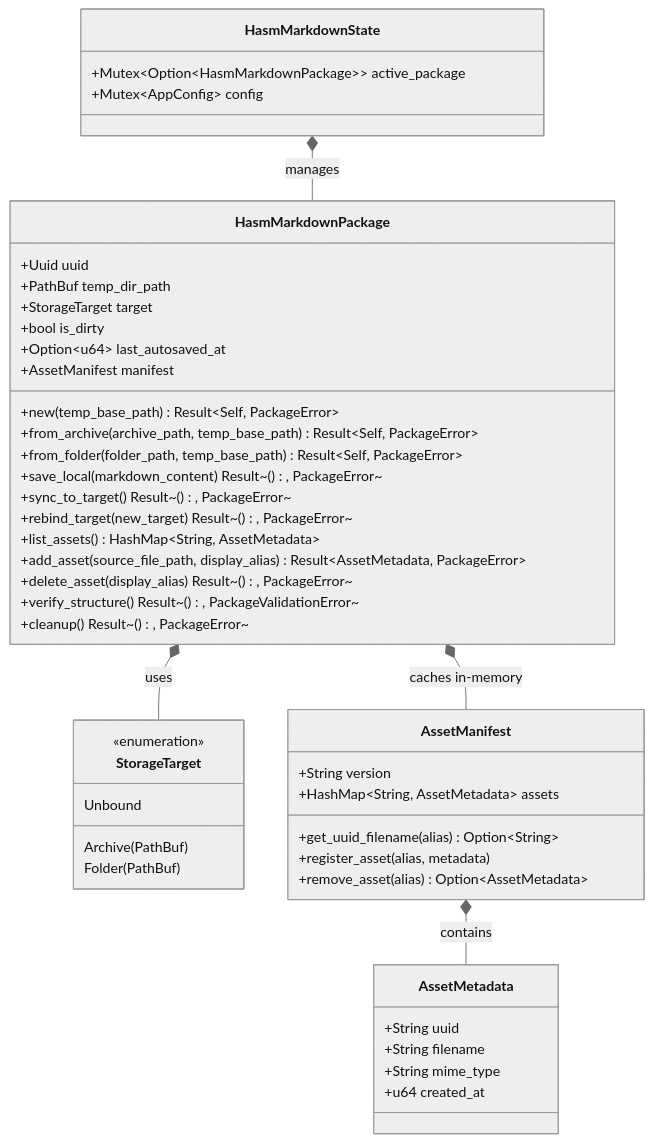
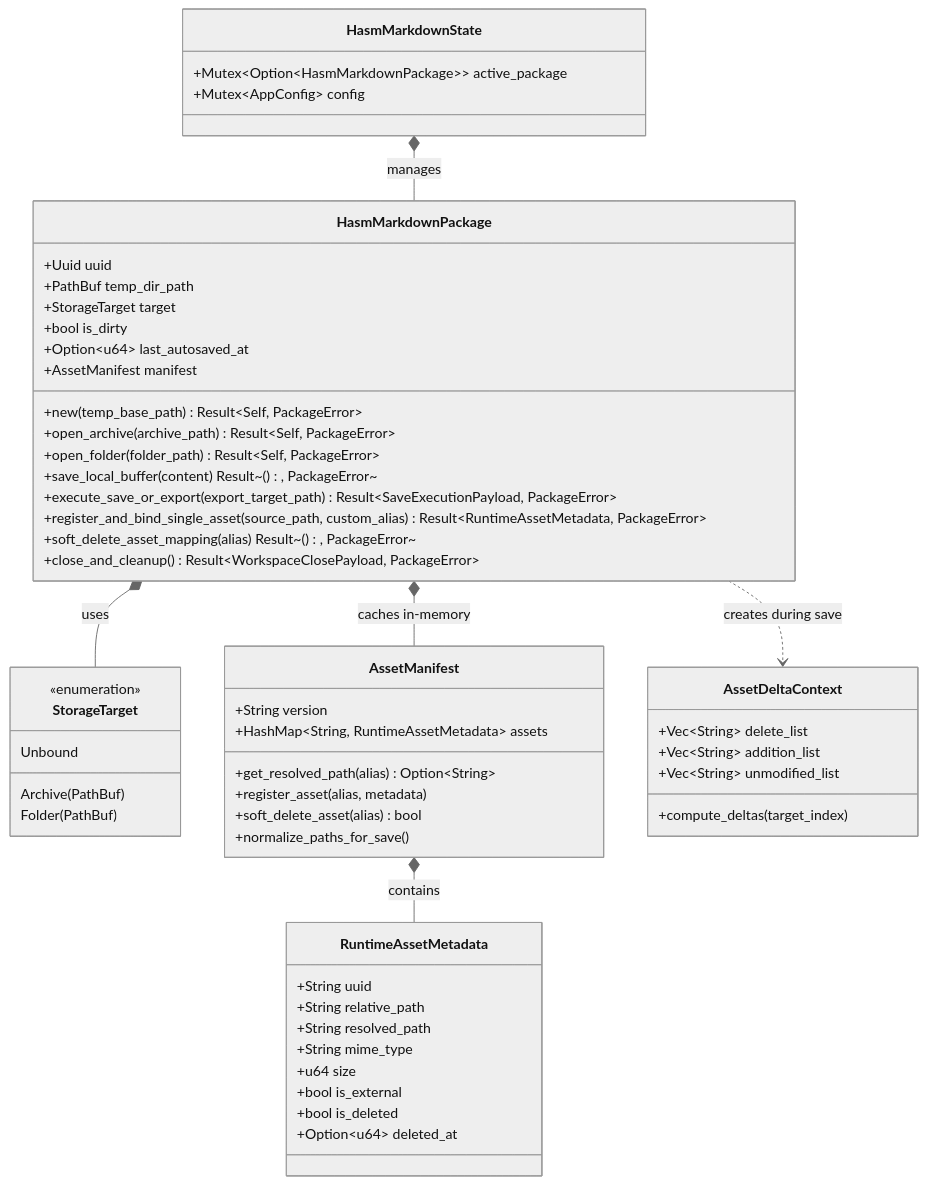
Before and after one commit to HibiyaHaraki/hasm_markdown: the diagram in docs/arch/00-hasm_markdown-structure.md, drawn with Mermaid (neutral theme). The commit also changed other lines of this file and 2 other files, not shown here.

````diff
--- a/docs/arch/00-hasm_markdown-structure.md
+++ b/docs/arch/00-hasm_markdown-structure.md
@@ -24,55 +37,65 @@
 ```mermaid
 classDiagram
     class StorageTarget {
         <<enumeration>>
         Archive(PathBuf)
         Folder(PathBuf)
         Unbound
     }
 
-    class AssetMetadata {
+    class RuntimeAssetMetadata {
         +String uuid
-        +String filename
+        +String relative_path
+        +String resolved_path
         +String mime_type
-        +u64 created_at
+        +u64 size
+        +bool is_external
+        +bool is_deleted
+        +Option~u64~ deleted_at
     }
 
     class AssetManifest {
         +String version
-        +HashMap~String, AssetMetadata~ assets
-        +get_uuid_filename(alias) Option~String~
+        +HashMap~String, RuntimeAssetMetadata~ assets
+        +get_resolved_path(alias) Option~String~
         +register_asset(alias, metadata)
-        +remove_asset(alias) Option~AssetMetadata~
+        +soft_delete_asset(alias) bool
+        +normalize_paths_for_save()
+    }
+
+    class AssetDeltaContext {
+        +Vec~String~ delete_list
+        +Vec~String~ addition_list
+        +Vec~String~ unmodified_list
+        +compute_deltas(target_index)
     }
 
     class HasmMarkdownPackage {
         +Uuid uuid
         +PathBuf temp_dir_path
         +StorageTarget target
         +bool is_dirty
         +Option~u64~ last_autosaved_at
         +AssetManifest manifest
         +new(temp_base_path) Result~Self, PackageError~
-        +from_archive(archive_path, temp_base_path) Result~Self, PackageError~
-        +from_folder(folder_path, temp_base_path) Result~Self, PackageError~
-        +save_local(markdown_content) Result~(), PackageError~
-        +sync_to_target() Result~(), PackageError~
-        +rebind_target(new_target) Result~(), PackageError~
-        +list_assets() HashMap~String, AssetMetadata~
-        +add_asset(source_file_path, display_alias) Result~AssetMetadata, PackageError~
-        +delete_asset(display_alias) Result~(), PackageError~
-        +verify_structure() Result~(), PackageValidationError~
-        +cleanup() Result~(), PackageError~
+        +open_archive(archive_path) Result~Self, PackageError~
+        +open_folder(folder_path) Result~Self, PackageError~
+        +save_local_buffer(content) Result~(), PackageError~
+        +execute_save_or_export(export_target_path) Result~SaveExecutionPayload, PackageError~
+        +register_and_bind_single_asset(source_path, custom_alias) Result~RuntimeAssetMetadata, PackageError~
+        +soft_delete_asset_mapping(alias) Result~(), PackageError~
+        +close_and_cleanup() Result~WorkspaceClosePayload, PackageError~
     }
 
     class HasmMarkdownState {
         +Mutex~Option~HasmMarkdownPackage~~ active_package
         +Mutex~AppConfig~ config
     }
 
-    AssetManifest *-- AssetMetadata : contains
+    AssetManifest *-- RuntimeAssetMetadata : contains
     HasmMarkdownPackage *-- AssetManifest : caches in-memory
     HasmMarkdownPackage *-- StorageTarget : uses
+    HasmMarkdownPackage ..> AssetDeltaContext : creates during save
     HasmMarkdownState *-- HasmMarkdownPackage : manages
 
 ```
````
